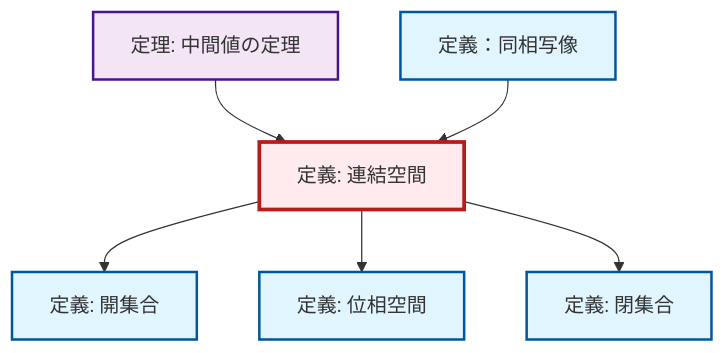
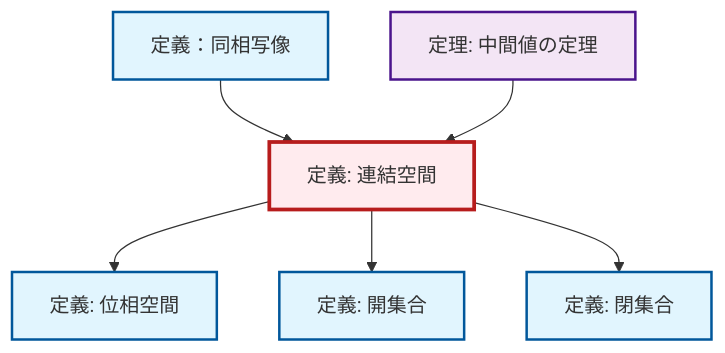
One commit to RK0429/ModernMath changed the diagram in content/ja/topology/def-connected.qmd. Above: the diagram before and after it, drawn with Mermaid. The commit also changed 672 other files, not shown here.

````diff
--- a/content/ja/topology/def-connected.qmd
+++ b/content/ja/topology/def-connected.qmd
@@ -54,26 +54,26 @@
 ```{mermaid}
-%%| fig-cap: "Local dependency graph"
+%%| fig-cap: "ローカル依存関係グラフ"
 graph TD
     classDef definition fill:#e1f5fe,stroke:#01579b,stroke-width:2px
     classDef theorem fill:#f3e5f5,stroke:#4a148c,stroke-width:2px
     classDef axiom fill:#fff3e0,stroke:#e65100,stroke-width:2px
     classDef example fill:#e8f5e9,stroke:#1b5e20,stroke-width:2px
     classDef current fill:#ffebee,stroke:#b71c1c,stroke-width:3px
+    def-topological-space["定義: 位相空間"]:::definition
+    def-homeomorphism["定義：同相写像"]:::definition
+    def-closed-set["定義: 閉集合"]:::definition
     thm-intermediate-value["定理: 中間値の定理"]:::theorem
     def-open-set["定義: 開集合"]:::definition
     def-connected["定義: 連結空間"]:::definition
-    def-homeomorphism["定義：同相写像"]:::definition
-    def-topological-space["定義: 位相空間"]:::definition
-    def-closed-set["定義: 閉集合"]:::definition
+    def-connected --> def-topological-space
+    def-homeomorphism --> def-connected
     def-connected --> def-open-set
+    def-connected --> def-closed-set
     thm-intermediate-value --> def-connected
-    def-connected --> def-topological-space
-    def-connected --> def-closed-set
-    def-homeomorphism --> def-connected
     class def-connected current
+    click def-topological-space "def-topological-space.html" "位相空間の定義へ"
+    click def-homeomorphism "def-homeomorphism.html" "定義：同相写像へ"
+    click def-closed-set "def-closed-set.html" "閉集合の定義へ"
     click thm-intermediate-value "thm-intermediate-value.html" "中間値の定理の定理へ"
     click def-open-set "def-open-set.html" "開集合の定義へ"
-    click def-homeomorphism "def-homeomorphism.html" "定義：同相写像へ"
-    click def-topological-space "def-topological-space.html" "位相空間の定義へ"
-    click def-closed-set "def-closed-set.html" "閉集合の定義へ"
 ```
````
